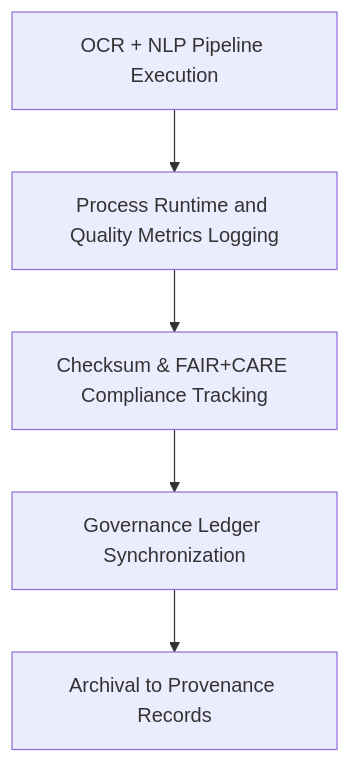
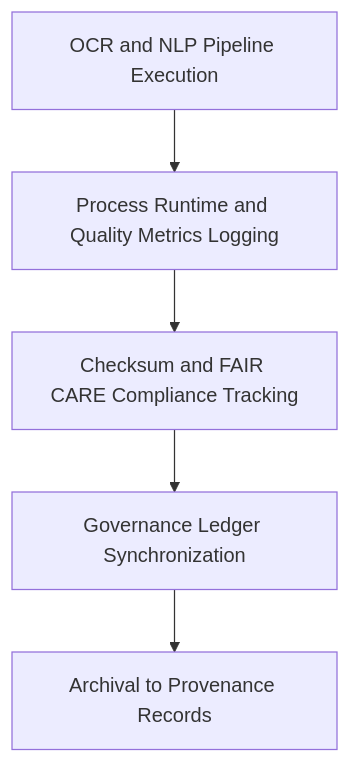
The diagram in data/work/tmp/text/logs/README.md (bartytime4life/Kansas-Frontier-Matrix), drawn with Mermaid before and after one commit. The commit also changed other lines of this file, not shown here.

````diff
--- a/data/work/tmp/text/logs/README.md
+++ b/data/work/tmp/text/logs/README.md
@@ -63,7 +60,7 @@
 ```mermaid
 flowchart TD
-    A["OCR + NLP Pipeline Execution"] --> B["Process Runtime and Quality Metrics Logging"]
-    B --> C["Checksum & FAIR+CARE Compliance Tracking"]
+    A["OCR and NLP Pipeline Execution"] --> B["Process Runtime and Quality Metrics Logging"]
+    B --> C["Checksum and FAIR CARE Compliance Tracking"]
     C --> D["Governance Ledger Synchronization"]
     D --> E["Archival to Provenance Records"]
 ```
````
